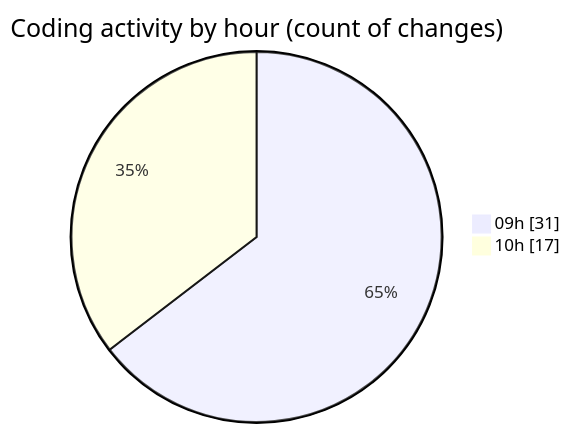
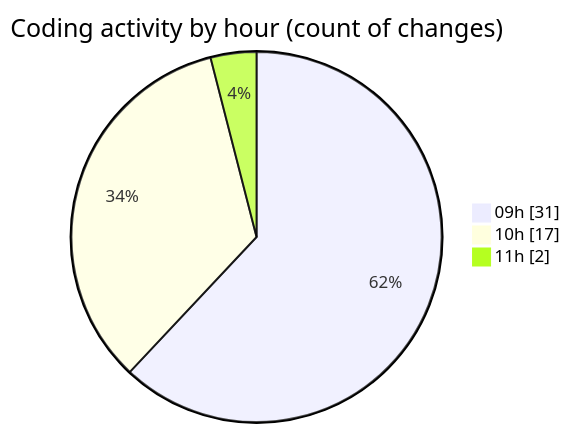
The second of 2 diagrams in 2025-03-05/termonied_testador/README.md (robertbonfada/code-tracking), drawn with Mermaid before and after one commit. The commit also changed other lines of this file and 1 other file, not shown here.

````diff
--- a/2025-03-05/termonied_testador/README.md
+++ b/2025-03-05/termonied_testador/README.md
@@ -35,6 +37,7 @@
 ```mermaid
 pie showData
 title Coding activity by hour (count of changes)
 "09h" : 31
 "10h" : 17
+"11h" : 2
 ```
````
